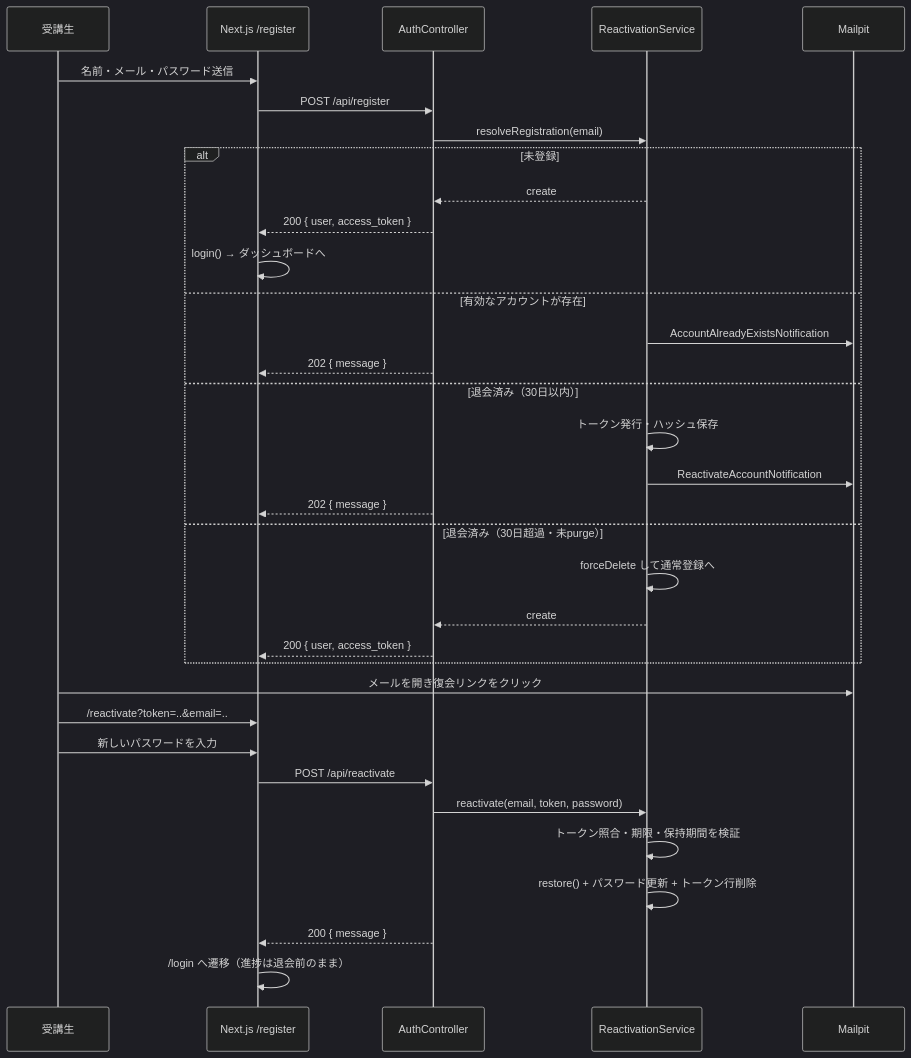
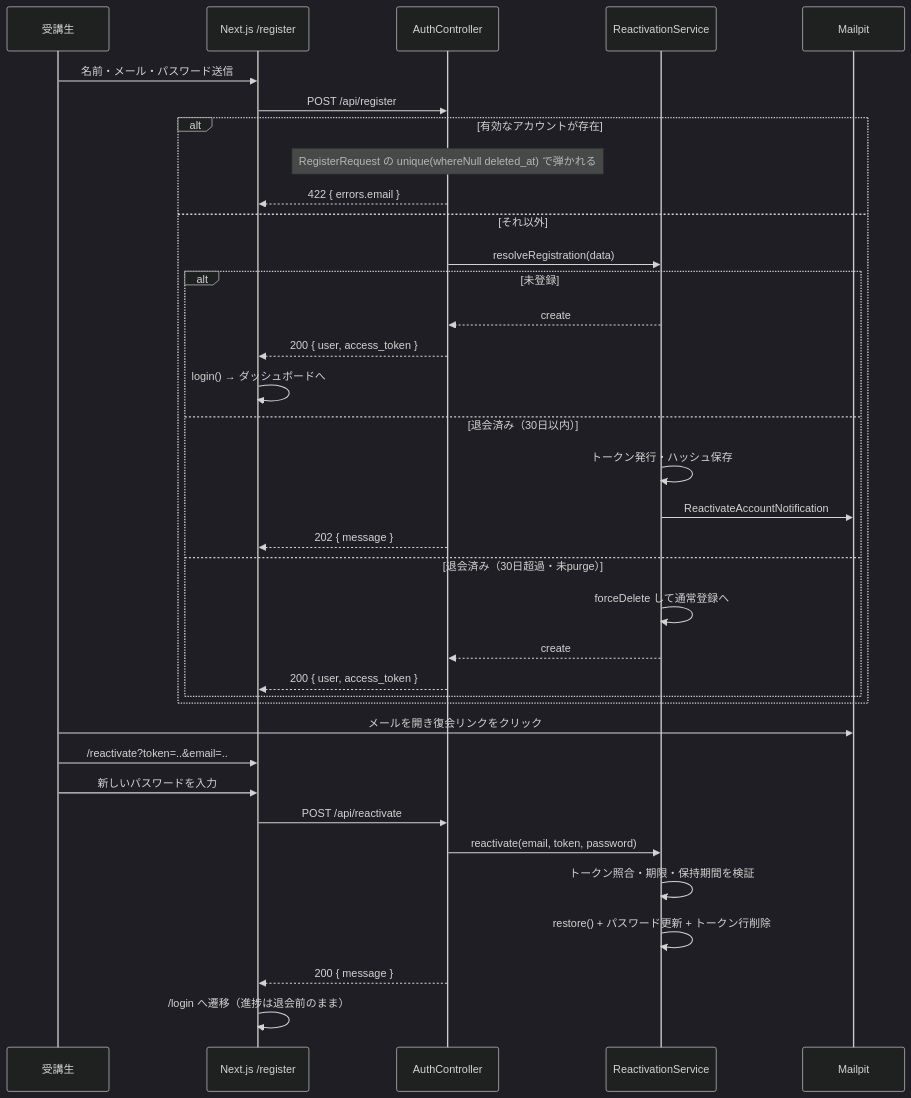
One commit to TMando616/dev-init changed the first of 3 diagrams in .kiro/specs/phase15-student-account-management/design.md. Above: the diagram before and after it, drawn with Mermaid (dark theme). The commit also changed other lines of this file and 2 other files, not shown here.

Commit message:
docs(phase15): 登録レスポンスを案Bで確定し、タスク分解を追加
- POST /register は退会済みメールのみ202、有効なメール重複は従来どおり422
- 決定の根拠と経緯をrequirements.md US-5に記録
- AccountAlreadyExistsNotificationを設計から削除
- tasks.md を8グループ・30タスクで作成

````diff
--- a/.kiro/specs/phase15-student-account-management/design.md
+++ b/.kiro/specs/phase15-student-account-management/design.md
@@ -201,39 +203,41 @@
 ```mermaid
 sequenceDiagram
     participant U as 受講生
     participant F as Next.js /register
     participant A as AuthController
     participant S as ReactivationService
     participant M as Mailpit
 
     U->>F: 名前・メール・パスワード送信
     F->>A: POST /api/register
-    A->>S: resolveRegistration(email)
 
-    alt 未登録
-        S-->>A: create
-        A-->>F: 200 { user, access_token }
-        F->>F: login() → ダッシュボードへ
-    else 有効なアカウントが存在
-        S->>M: AccountAlreadyExistsNotification
-        A-->>F: 202 { message }
-    else 退会済み（30日以内）
-        S->>S: トークン発行・ハッシュ保存
-        S->>M: ReactivateAccountNotification
-        A-->>F: 202 { message }
-    else 退会済み（30日超過・未purge）
-        S->>S: forceDelete して通常登録へ
-        S-->>A: create
-        A-->>F: 200 { user, access_token }
+    alt 有効なアカウントが存在
+        Note over A: RegisterRequest の unique(whereNull deleted_at) で弾かれる
+        A-->>F: 422 { errors.email }
+    else それ以外
+        A->>S: resolveRegistration(data)
+        alt 未登録
+            S-->>A: create
+            A-->>F: 200 { user, access_token }
+            F->>F: login() → ダッシュボードへ
+        else 退会済み（30日以内）
+            S->>S: トークン発行・ハッシュ保存
+            S->>M: ReactivateAccountNotification
+            A-->>F: 202 { message }
+        else 退会済み（30日超過・未purge）
+            S->>S: forceDelete して通常登録へ
+            S-->>A: create
+            A-->>F: 200 { user, access_token }
+        end
     end
 
     U->>M: メールを開き復会リンクをクリック
     U->>F: /reactivate?token=..&email=..
     U->>F: 新しいパスワードを入力
     F->>A: POST /api/reactivate
     A->>S: reactivate(email, token, password)
     S->>S: トークン照合・期限・保持期間を検証
     S->>S: restore() + パスワード更新 + トークン行削除
     A-->>F: 200 { message }
     F->>F: /login へ遷移（進捗は退会前のまま）
 ```
````
